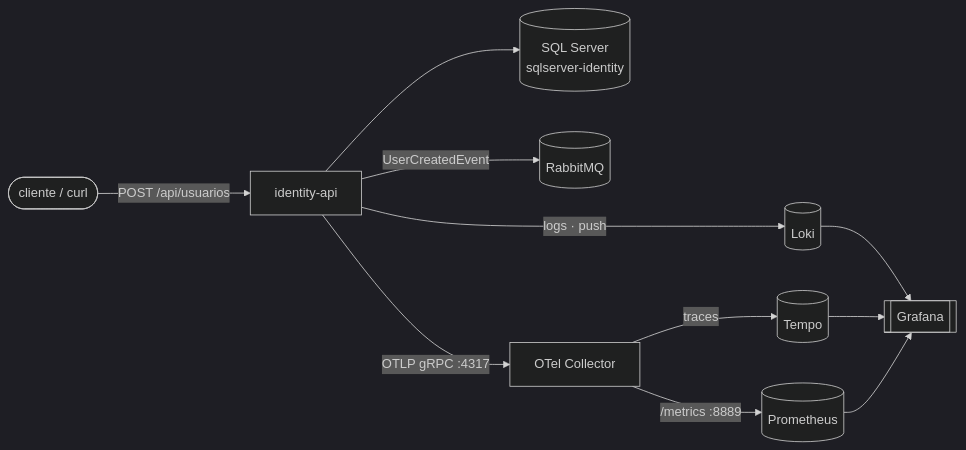
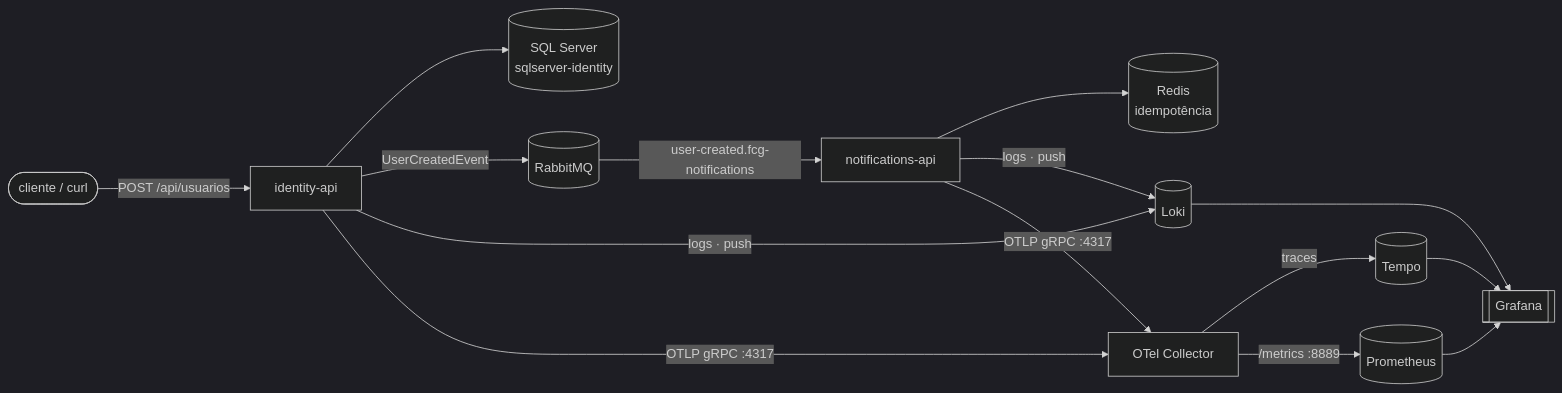
One commit to reinaldogez/fcg-ops changed the diagram in README.md. Above: the diagram before and after it, drawn with Mermaid (dark theme). The commit also changed other lines of this file, not shown here.

Commit message:
README estende para a leva do notifications — topologia com fluxo cross-service identity→notifications, redis/notifications na árvore e nos secrets, port-forward do notifications-api

````diff
--- a/README.md
+++ b/README.md
@@ -18,16 +20,21 @@
 ```mermaid
 flowchart LR
   client([cliente / curl]) -->|POST /api/usuarios| api[identity-api]
 
-  api --> sql[(SQL Server\nsqlserver-identity)]
+  api --> sql[(SQL Server<br/>sqlserver-identity)]
   api -->|UserCreatedEvent| mq[(RabbitMQ)]
 
+  mq -->|user-created.fcg-notifications| notif[notifications-api]
+  notif --> redis[(Redis<br/>idempotência)]
+
   api -->|logs · push| loki[(Loki)]
+  notif -->|logs · push| loki
   api -->|OTLP gRPC :4317| col[OTel Collector]
+  notif -->|OTLP gRPC :4317| col
   col -->|traces| tempo[(Tempo)]
   col -->|/metrics :8889| prom[(Prometheus)]
 
   loki --> graf[[Grafana]]
   tempo --> graf
   prom --> graf
 ```
````
